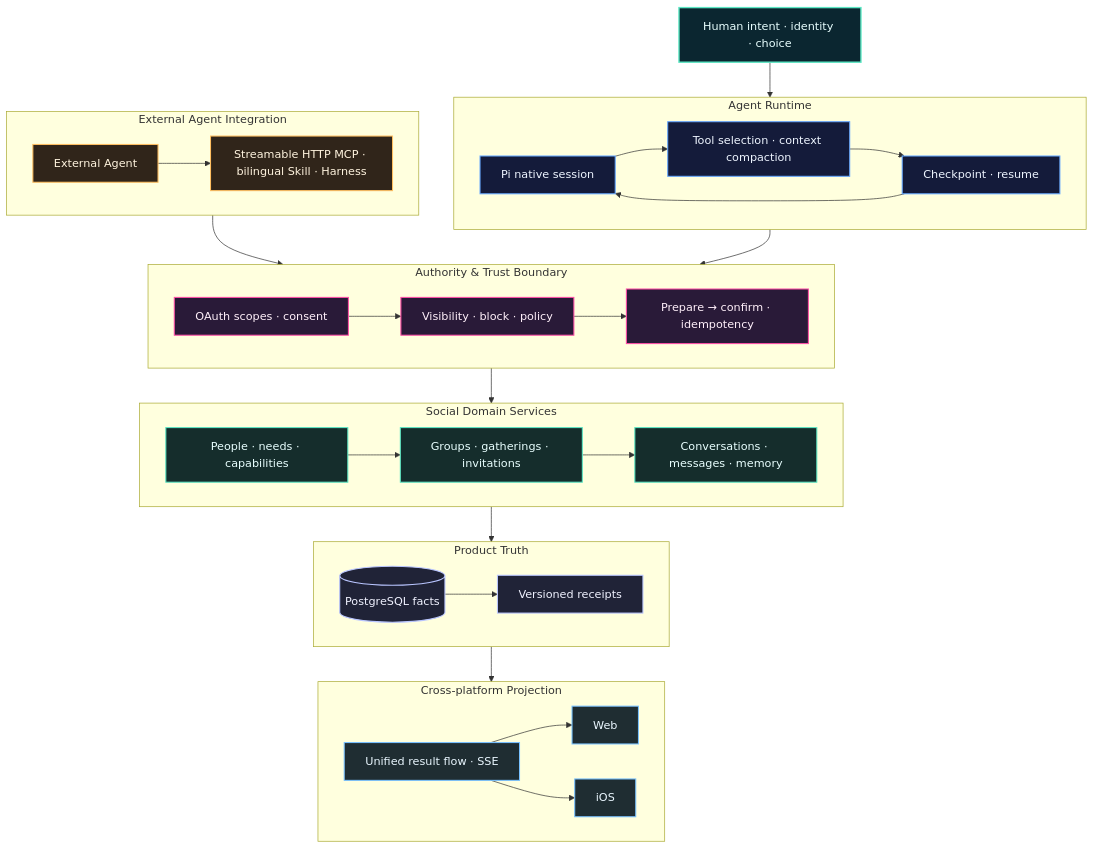
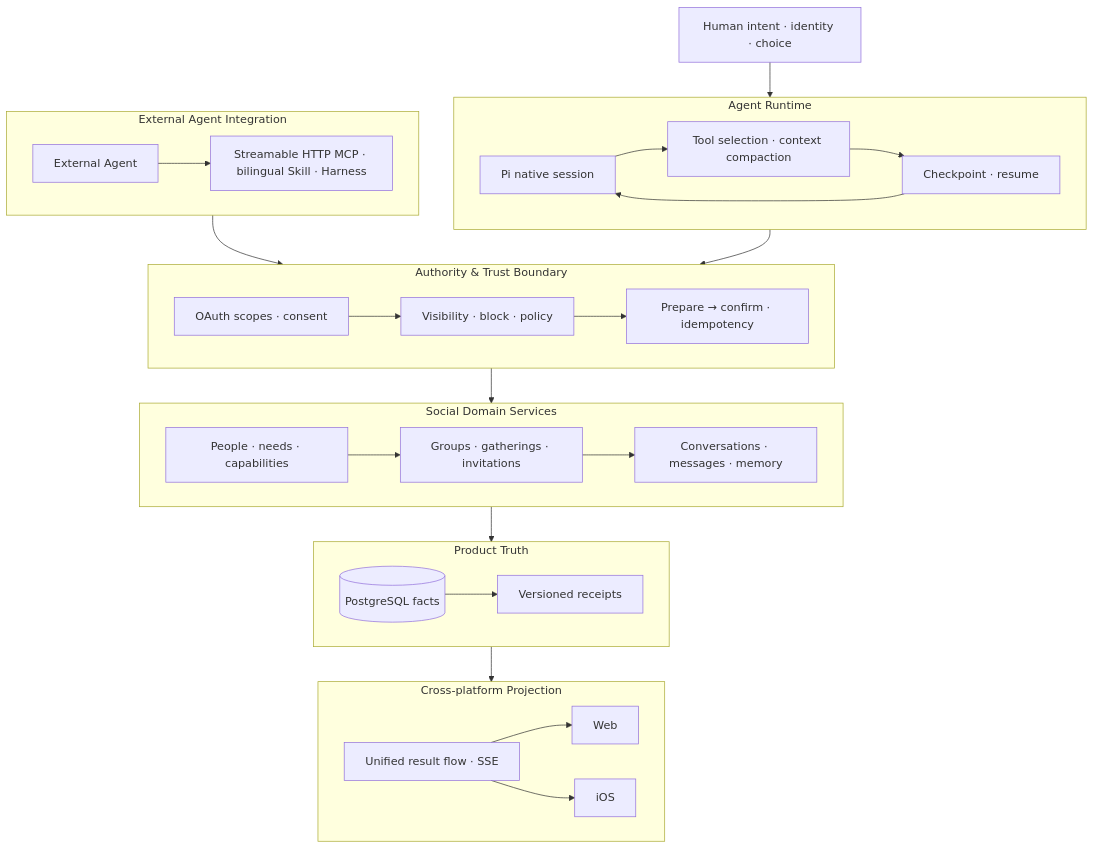
One commit to liudejua27-blip/liudejua27-blip changed the diagram in README.md. Above: the diagram before and after it, drawn with Mermaid. The commit also changed other lines of this file, not shown here.

````diff
--- a/README.md
+++ b/README.md
@@ -34,61 +44,45 @@
 ```mermaid
 flowchart TB
     H["Human intent · identity · choice"] --> PI
 
     subgraph RUNTIME["Agent Runtime"]
       direction LR
       PI["Pi native session"] --> CTX["Tool selection · context compaction"]
       CTX --> CKPT["Checkpoint · resume"]
     end
 
     subgraph TRUST["Authority & Trust Boundary"]
       direction LR
       OAUTH["OAuth scopes · consent"] --> POLICY["Visibility · block · policy"]
       POLICY --> ACTION["Prepare → confirm · idempotency"]
     end
 
     subgraph DOMAIN["Social Domain Services"]
       direction LR
       PEOPLE["People · needs · capabilities"] --> GROUPS["Groups · gatherings · invitations"]
       GROUPS --> MSG["Conversations · messages · memory"]
     end
 
     subgraph TRUTH["Product Truth"]
       direction LR
       DB[("PostgreSQL facts")] --> REC["Versioned receipts"]
     end
 
     subgraph PROJ["Cross-platform Projection"]
       direction LR
       RESULT["Unified result flow · SSE"] --> WEB["Web"]
       RESULT --> IOS["iOS"]
     end
 
     subgraph EXTINT["External Agent Integration"]
       direction LR
       EXT["External Agent"] --> MCP["Streamable HTTP MCP · bilingual Skill · Harness"]
     end
 
     PI --> OAUTH
     CKPT --> PI
     MCP --> OAUTH
     ACTION --> PEOPLE
     MSG --> DB
     REC --> RESULT
-
-    classDef human fill:#0b2630,stroke:#5BE7C4,color:#E9FFFF,stroke-width:2px;
-    classDef runtime fill:#141B3A,stroke:#65A7FF,color:#EEF5FF,stroke-width:1.5px;
-    classDef trust fill:#291A38,stroke:#FF4EA8,color:#FFF0FA,stroke-width:1.5px;
-    classDef domain fill:#152D2C,stroke:#5BE7C4,color:#E9FFFF,stroke-width:1.5px;
-    classDef truth fill:#202337,stroke:#B9C5FF,color:#F0F2FF,stroke-width:1.5px;
-    classDef projection fill:#1F2D32,stroke:#78C1FF,color:#EAF7FF,stroke-width:1.5px;
-    classDef external fill:#30251A,stroke:#FFBF61,color:#FFF4DF,stroke-width:1.5px;
-
-    class H human;
-    class PI,CTX,CKPT runtime;
-    class OAUTH,POLICY,ACTION trust;
-    class PEOPLE,GROUPS,MSG domain;
-    class DB,REC truth;
-    class RESULT,WEB,IOS projection;
-    class EXT,MCP external;
 ```
````
